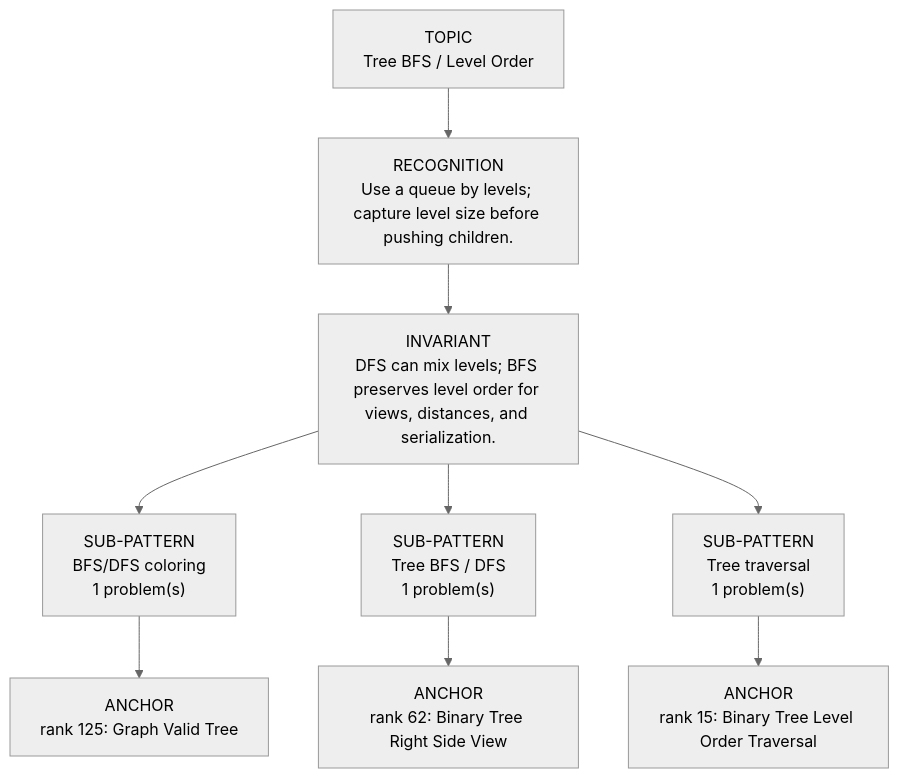
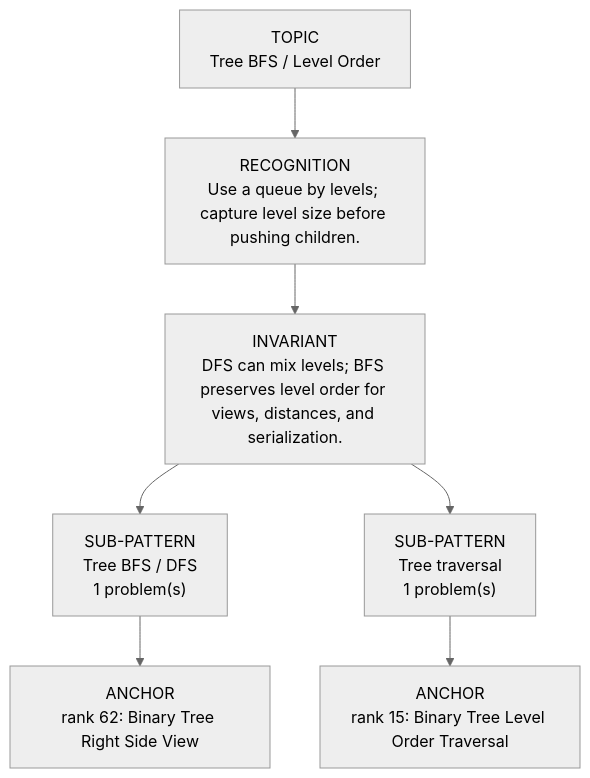
The diagram in dsa-review/interview/patterns/07_tree_bfs.md (thechiranjeevjain/DSA10days), drawn with Mermaid (neutral theme) before and after one commit. The commit also changed other lines of this file and 28 other files, not shown here.

````diff
--- a/dsa-review/interview/patterns/07_tree_bfs.md
+++ b/dsa-review/interview/patterns/07_tree_bfs.md
@@ -15,13 +15,11 @@
 ```mermaid
 flowchart TD
   Topic["TOPIC<br/>Tree BFS / Level Order"]
   Recognition["RECOGNITION<br/>Use a queue by levels; capture level size before pushing children."]
   Invariant["INVARIANT<br/>DFS can mix levels; BFS preserves level order for views, distances, and serialization."]
   Topic --> Recognition --> Invariant
-  Invariant --> Sub01["SUB-PATTERN<br/>BFS/DFS coloring<br/>1 problem(s)"]
-  Sub01 --> Sub01A01["ANCHOR<br/>rank 125: Graph Valid Tree"]
-  Invariant --> Sub02["SUB-PATTERN<br/>Tree BFS / DFS<br/>1 problem(s)"]
-  Sub02 --> Sub02A01["ANCHOR<br/>rank 62: Binary Tree Right Side View"]
-  Invariant --> Sub03["SUB-PATTERN<br/>Tree traversal<br/>1 problem(s)"]
-  Sub03 --> Sub03A01["ANCHOR<br/>rank 15: Binary Tree Level Order Traversal"]
+  Invariant --> Sub01["SUB-PATTERN<br/>Tree BFS / DFS<br/>1 problem(s)"]
+  Sub01 --> Sub01A01["ANCHOR<br/>rank 62: Binary Tree Right Side View"]
+  Invariant --> Sub02["SUB-PATTERN<br/>Tree traversal<br/>1 problem(s)"]
+  Sub02 --> Sub02A01["ANCHOR<br/>rank 15: Binary Tree Level Order Traversal"]
 ```
````
